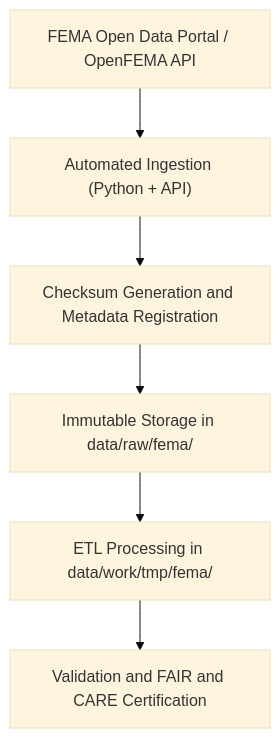
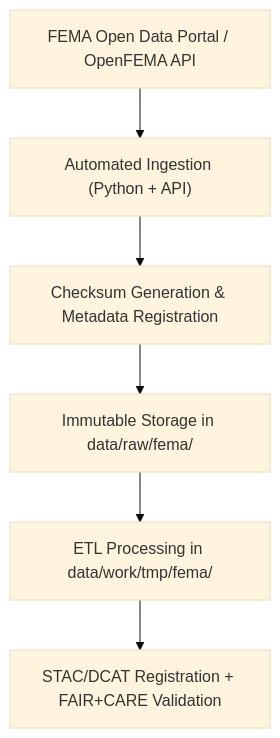
Before and after one commit to bartytime4life/Kansas-Frontier-Matrix: the diagram in data/raw/fema/README.md, drawn with Mermaid (base theme). The commit also changed other lines of this file, not shown here.

````diff
--- a/data/raw/fema/README.md
+++ b/data/raw/fema/README.md
@@ -72,8 +72,8 @@
 ```mermaid
 flowchart TD
-    A["FEMA Open Data Portal / OpenFEMA API"] --> B["Automated Ingestion (Python + API)"]
-    B --> C["Checksum Generation and Metadata Registration"]
-    C --> D["Immutable Storage in data/raw/fema/"]
-    D --> E["ETL Processing in data/work/tmp/fema/"]
-    E --> F["Validation and FAIR and CARE Certification"]
+  A["FEMA Open Data Portal / OpenFEMA API"] --> B["Automated Ingestion (Python + API)"]
+  B --> C["Checksum Generation & Metadata Registration"]
+  C --> D["Immutable Storage in data/raw/fema/"]
+  D --> E["ETL Processing in data/work/tmp/fema/"]
+  E --> F["STAC/DCAT Registration + FAIR+CARE Validation"]
 ```
````
